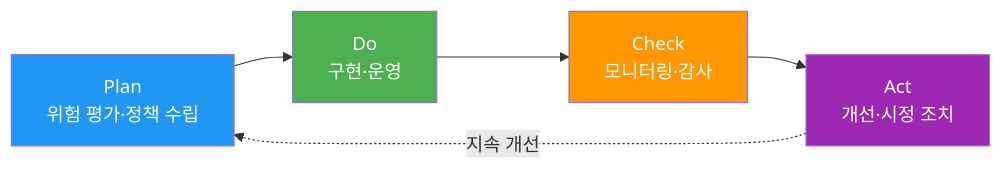
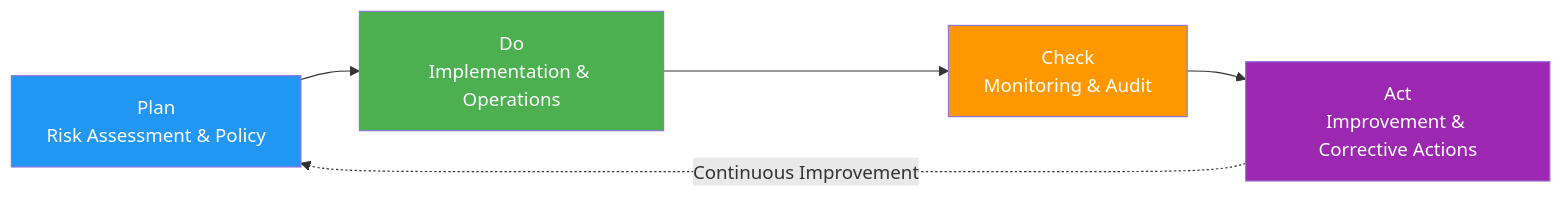
The diagram in docs/aidlc/enterprise/regulatory-compliance/frameworks/iso-42001.md (devfloor9/engineering-playbook), drawn with Mermaid before and after one commit. The commit also changed other lines of this file and 954 other files, not shown here.

````diff
--- a/docs/aidlc/enterprise/regulatory-compliance/frameworks/iso-42001.md
+++ b/docs/aidlc/enterprise/regulatory-compliance/frameworks/iso-42001.md
@@ -31,17 +31,17 @@
 ```mermaid
 graph LR
-    PLAN[Plan<br/>위험 평가·정책 수립]
-    DO[Do<br/>구현·운영]
-    CHECK[Check<br/>모니터링·감사]
-    ACT[Act<br/>개선·시정 조치]
+    PLAN[Plan<br/>Risk Assessment & Policy]
+    DO[Do<br/>Implementation & Operations]
+    CHECK[Check<br/>Monitoring & Audit]
+    ACT[Act<br/>Improvement & Corrective Actions]
 
     PLAN --> DO
     DO --> CHECK
     CHECK --> ACT
-    ACT -.지속 개선.-> PLAN
+    ACT -.Continuous Improvement.-> PLAN
 
     style PLAN fill:#2196f3,color:#fff
     style DO fill:#4caf50,color:#fff
     style CHECK fill:#ff9800,color:#fff
     style ACT fill:#9c27b0,color:#fff
 ```
````
